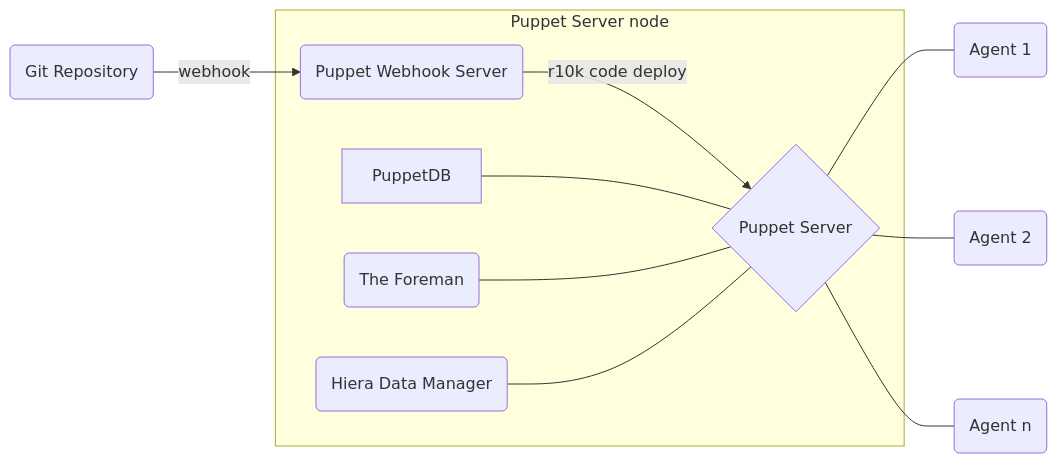
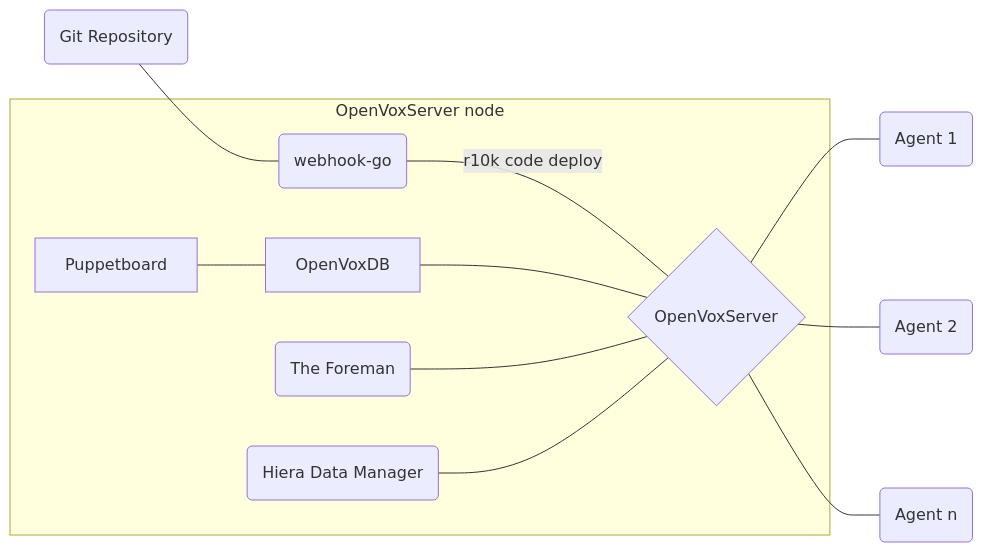
Before and after one commit to voxpupuli/voxpupuli.github.io: the diagram in _docs/arch_single_server.md, drawn with Mermaid. The commit also changed other lines of this file, not shown here.

Commit message:
Update single openvoxserver architecture

```diff
--- a/_docs/arch_single_server.md
+++ b/_docs/arch_single_server.md
@@ -19,31 +19,29 @@
 <div class="mermaid">
-  graph LR;
-  git(Git Repository)
+flowchart LR
+subgraph server["OpenVoxServer node"]
+    Foreman("The Foreman")
+    Webhook("webhook-go")
+    OpenVoxDB["OpenVoxDB"]
+    OpenVoxServer{"OpenVoxServer"}
+    HDM("Hiera Data Manager")
+    Puppetboard
+end
 
-  subgraph server[Puppet Server node]
-    Foreman(The Foreman)
-    Webhook(Puppet Webhook Server)
-    PuppetDB
-    PuppetServer{Puppet Server}
-    HDM(Hiera Data Manager)
-  end
+git("Git Repository") --- Webhook
+Webhook -- r10k code deploy --- OpenVoxServer
+OpenVoxDB --- OpenVoxServer
+Foreman --- OpenVoxServer
+HDM --- OpenVoxServer
+Puppetboard --- OpenVoxDB
+OpenVoxServer --- Agent1("Agent 1") & Agent2("Agent 2") & Agent_n("Agent n")
 
-  click HDM "https://github.com/betadots/hdm" "HDM is a web interface for analyzing and managing hiera data."
-  click Foreman "https://www.theforeman.org" "Foreman is a complete lifecycle management tool for physical and virtual servers."
-  click Webhook "https://github.com/voxpupuli/puppet_webhook" "A webhook service that can trigger code deploys from source code repository updates."
-
-  git --webhook--> Webhook
-  Webhook --r10k code deploy--> PuppetServer
-
-  PuppetDB --- PuppetServer
-  Foreman --- PuppetServer
-  HDM --- PuppetServer
-
-  Agent1(Agent 1)
-  Agent2(Agent 2)
-  Agent_n(Agent n)
-
-  PuppetServer --- Agent1
-  PuppetServer --- Agent2
-  PuppetServer --- Agent_n
+click Foreman "https://www.theforeman.org/"
+click Webhook "https://github.com/voxpupuli/webhook-go?tab=readme-ov-file#webhook-go"
+click OpenVoxDB "https://github.com/OpenVoxProject/openvoxdb"
+click HDM "https://github.com/betadots/hdm?tab=readme-ov-file#hdm---hiera-data-manager"
+click Puppetboard "https://github.com/voxpupuli/puppetboard?tab=readme-ov-file#puppetboard"
+click OpenVoxServer "https://github.com/OpenVoxProject/openvox-server?tab=readme-ov-file#puppet-server"
+click Agent1 "https://github.com/OpenVoxProject/openvox-agent?tab=readme-ov-file#the-puppet-agent"
+click Agent2 "https://github.com/OpenVoxProject/openvox-agent?tab=readme-ov-file#the-puppet-agent"
+click Agent_n "https://github.com/OpenVoxProject/openvox-agent?tab=readme-ov-file#the-puppet-agent"
 </div>
```
